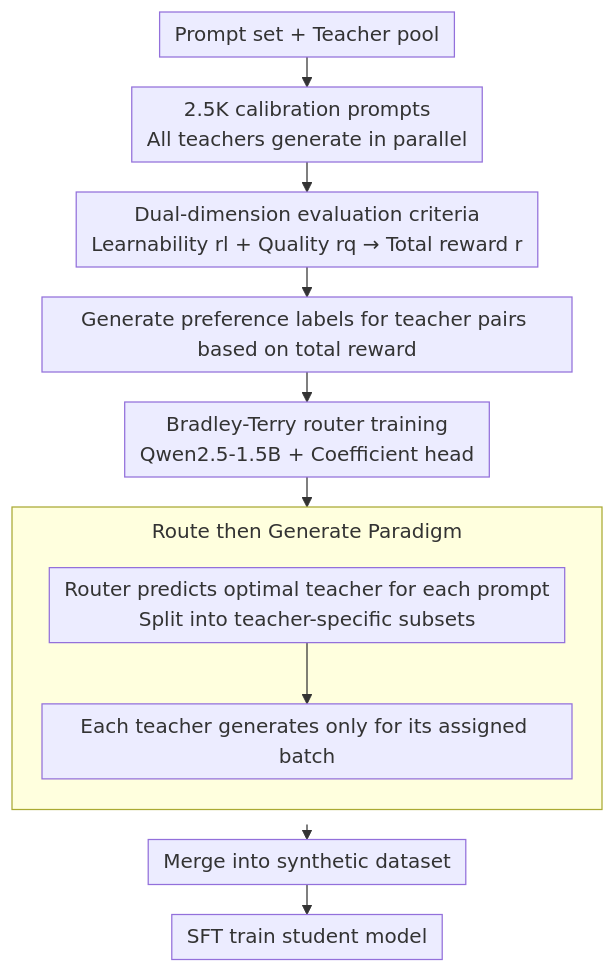
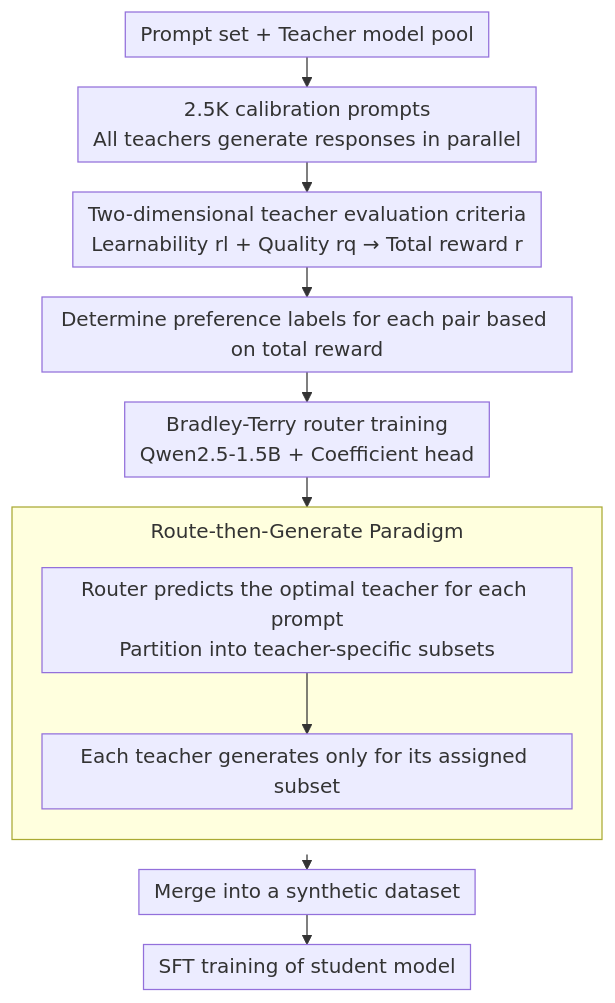
Before and after one commit to zhaoyang97/Paper-Notes-en: the diagram in docs/ACL2026/model_compression/find_your_optimal_teacher_personalized_data_synthesis_via_router-guided_multi-te.md, drawn with Mermaid. The commit also changed other lines of this file and 5084 other files, not shown here.

````diff
--- a/docs/ACL2026/model_compression/find_your_optimal_teacher_personalized_data_synthesis_via_router-guided_multi-te.md
+++ b/docs/ACL2026/model_compression/find_your_optimal_teacher_personalized_data_synthesis_via_router-guided_multi-te.md
@@ -45,15 +45,15 @@
 ```mermaid
 %%{init: {'flowchart': {'rankSpacing': 24, 'nodeSpacing': 28, 'padding': 6, 'wrappingWidth': 400, 'subGraphTitleMargin': {'top': 8, 'bottom': 16}}}}%%
 flowchart TD
-    A["Prompt set + Teacher pool"] --> B["2.5K calibration prompts<br/>All teachers generate in parallel"]
-    B --> C["Dual-dimension evaluation criteria<br/>Learnability rl + Quality rq → Total reward r"]
-    C --> D["Generate preference labels for teacher pairs based on total reward"]
+    A["Prompt set + Teacher model pool"] --> B["2.5K calibration prompts<br/>All teachers generate responses in parallel"]
+    B --> C["Two-dimensional teacher evaluation criteria<br/>Learnability rl + Quality rq → Total reward r"]
+    C --> D["Determine preference labels for each pair based on total reward"]
     D --> E["Bradley-Terry router training<br/>Qwen2.5-1.5B + Coefficient head"]
     E --> F
-    subgraph RG["Route then Generate Paradigm"]
+    subgraph RG["Route-then-Generate Paradigm"]
         direction TB
-        F["Router predicts optimal teacher for each prompt<br/>Split into teacher-specific subsets"] --> G["Each teacher generates only for its assigned batch"]
+        F["Router predicts the optimal teacher for each prompt<br/>Partition into teacher-specific subsets"] --> G["Each teacher generates only for its assigned subset"]
     end
-    RG --> H["Merge into synthetic dataset"]
-    H --> I["SFT train student model"]
+    RG --> H["Merge into a synthetic dataset"]
+    H --> I["SFT training of student model"]
 ```
````
